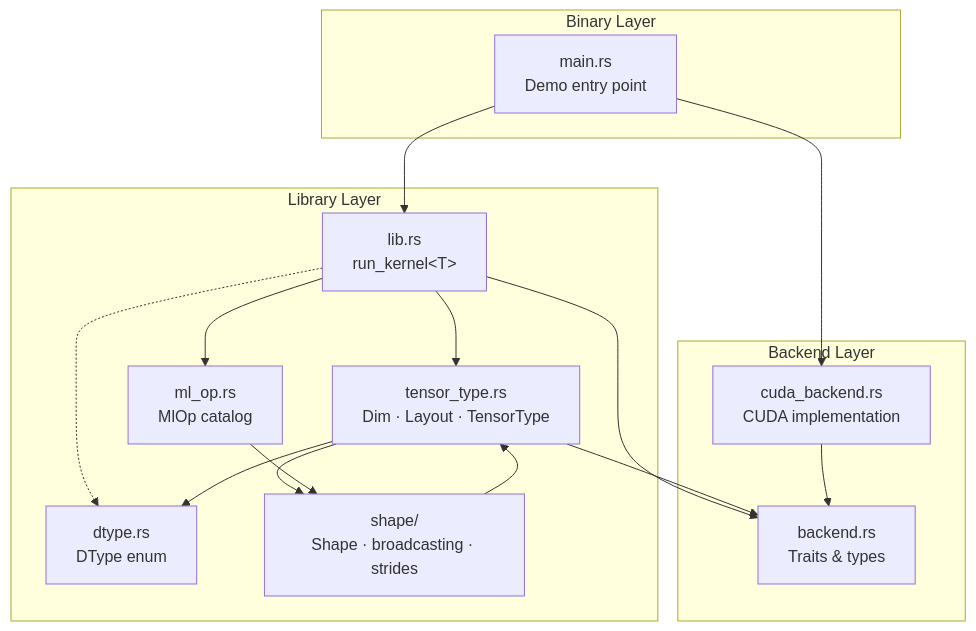
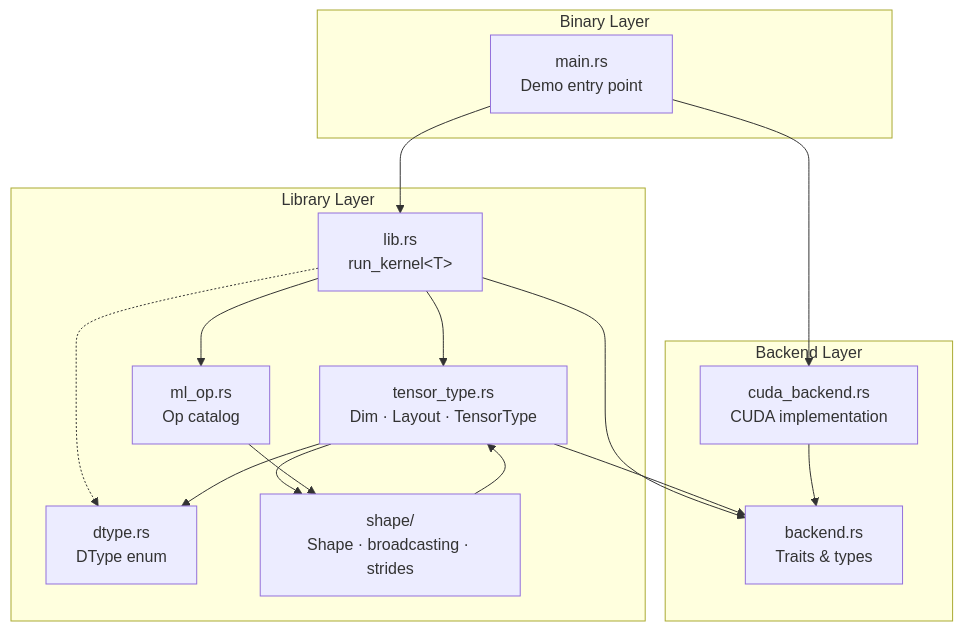
One commit to vansweej/graphynx changed the first of 4 diagrams in docs/architecture.md. Above: the diagram before and after it, drawn with Mermaid. The commit also changed other lines of this file and 10 other files, not shown here.

````diff
--- a/docs/architecture.md
+++ b/docs/architecture.md
@@ -9,32 +9,32 @@
 ```mermaid
 graph TB
     subgraph "Binary Layer"
         main["main.rs<br/>Demo entry point"]
     end
 
     subgraph "Library Layer"
         lib["lib.rs<br/>run_kernel&lt;T&gt;"]
         dtype["dtype.rs<br/>DType enum"]
         shape["shape/<br/>Shape · broadcasting · strides"]
         tensor_type["tensor_type.rs<br/>Dim · Layout · TensorType"]
-        ml_op["ml_op.rs<br/>MlOp catalog"]
+        ml_op["ml_op.rs<br/>Op catalog"]
     end
 
     subgraph "Backend Layer"
         backend["backend.rs<br/>Traits & types"]
         cuda["cuda_backend.rs<br/>CUDA implementation"]
     end
 
     main --> lib
     main --> cuda
     lib --> backend
     lib --> tensor_type
     lib --> ml_op
     cuda --> backend
     lib -.-> dtype
     tensor_type --> dtype
     tensor_type --> backend
     tensor_type --> shape
     ml_op --> shape
     shape --> tensor_type
 ```
````
